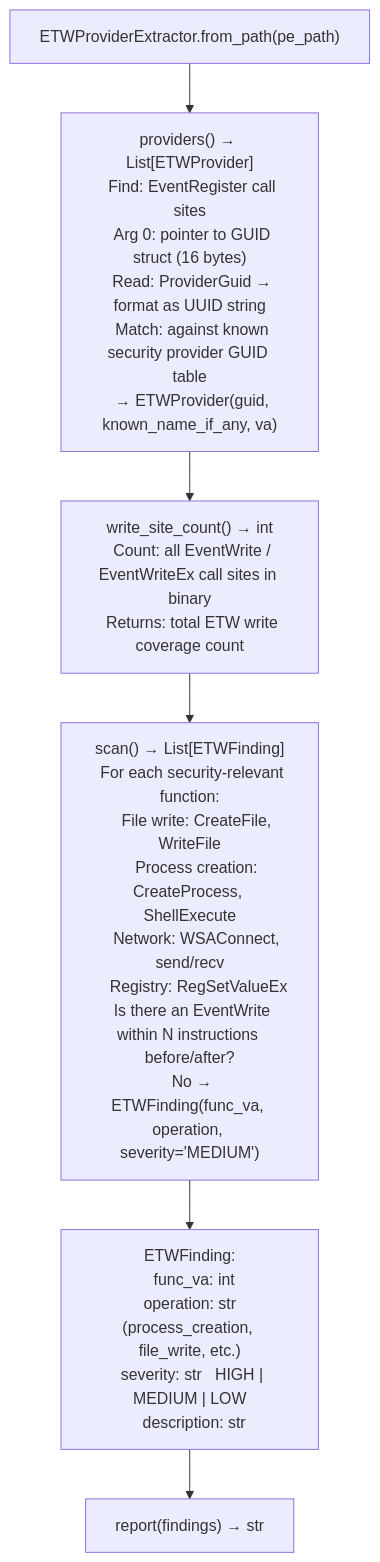
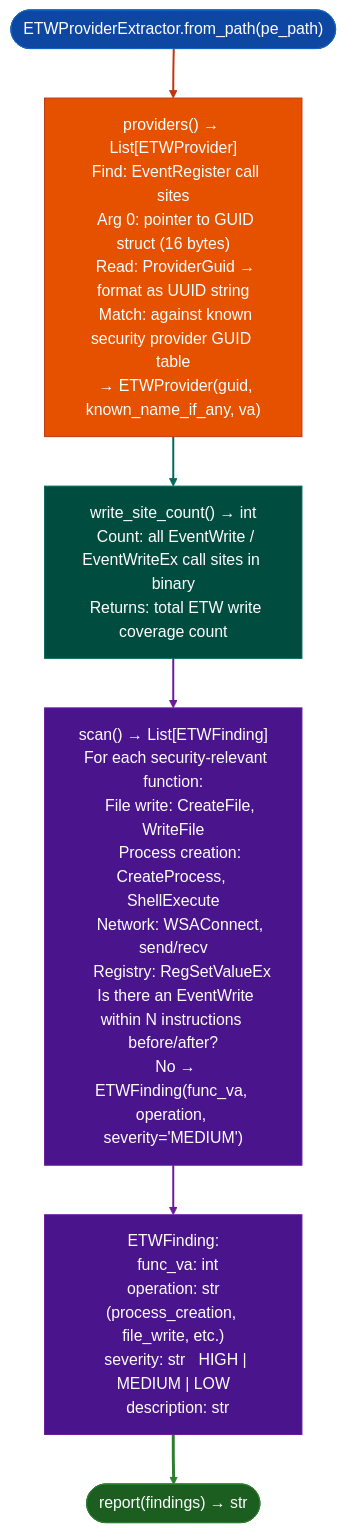
The diagram in docs/reference-modules/etw-provider-extraction.md (Ablation-Tool/ablation), drawn with Mermaid before and after one commit. The commit also changed 320 other files, not shown here.

First line of the commit message:
docs: apply canonical Mermaid template to all 321 diagrams

````diff
--- a/docs/reference-modules/etw-provider-extraction.md
+++ b/docs/reference-modules/etw-provider-extraction.md
@@ -19,8 +19,19 @@
 ```mermaid
 flowchart TD
-    A["ETWProviderExtractor.from_path(pe_path)"] --> B["providers() → List[ETWProvider]\n  Find: EventRegister call sites\n  Arg 0: pointer to GUID struct (16 bytes)\n  Read: ProviderGuid → format as UUID string\n  Match: against known security provider GUID table\n  → ETWProvider(guid, known_name_if_any, va)"]
-    B --> C["write_site_count() → int\n  Count: all EventWrite / EventWriteEx call sites in binary\n  Returns: total ETW write coverage count"]
-    C --> D["scan() → List[ETWFinding]\n  For each security-relevant function:\n    File write: CreateFile, WriteFile\n    Process creation: CreateProcess, ShellExecute\n    Network: WSAConnect, send/recv\n    Registry: RegSetValueEx\n  Is there an EventWrite within N instructions before/after?\n  No → ETWFinding(func_va, operation, severity='MEDIUM')"]
-    D --> E["ETWFinding:\n  func_va: int\n  operation: str  (process_creation, file_write, etc.)\n  severity: str   HIGH | MEDIUM | LOW\n  description: str"]
-    E --> F["report(findings) → str"]
+    A(["ETWProviderExtractor.from_path(pe_path)"]):::input --> B["providers() → List[ETWProvider]\n  Find: EventRegister call sites\n  Arg 0: pointer to GUID struct (16 bytes)\n  Read: ProviderGuid → format as UUID string\n  Match: against known security provider GUID table\n  → ETWProvider(guid, known_name_if_any, va)"]:::primary
+    B:::primary --> C["write_site_count() → int\n  Count: all EventWrite / EventWriteEx call sites in binary\n  Returns: total ETW write coverage count"]:::secondary
+    C:::secondary --> D["scan() → List[ETWFinding]\n  For each security-relevant function:\n    File write: CreateFile, WriteFile\n    Process creation: CreateProcess, ShellExecute\n    Network: WSAConnect, send/recv\n    Registry: RegSetValueEx\n  Is there an EventWrite within N instructions before/after?\n  No → ETWFinding(func_va, operation, severity='MEDIUM')"]:::tertiary
+    D:::tertiary --> E["ETWFinding:\n  func_va: int\n  operation: str  (process_creation, file_write, etc.)\n  severity: str   HIGH | MEDIUM | LOW\n  description: str"]:::tertiary
+    E:::tertiary --> F(["report(findings) → str"]):::output
+    classDef input     fill:#0d47a1,stroke:#1565c0,color:#fff
+    classDef primary   fill:#e65100,stroke:#bf360c,color:#fff
+    classDef secondary fill:#004d40,stroke:#00695c,color:#fff
+    classDef tertiary  fill:#4a148c,stroke:#6a1b9a,color:#fff
+    classDef neutral   fill:#37474f,stroke:#546e7a,color:#fff
+    classDef output    fill:#1b5e20,stroke:#2e7d32,color:#fff
+    linkStyle 0 stroke:#bf360c,stroke-width:2px
+    linkStyle 1 stroke:#00695c,stroke-width:2px
+    linkStyle 2 stroke:#6a1b9a,stroke-width:2px
+    linkStyle 3 stroke:#6a1b9a,stroke-width:2px
+    linkStyle 4 stroke:#2e7d32,stroke-width:3px
 ```
````
